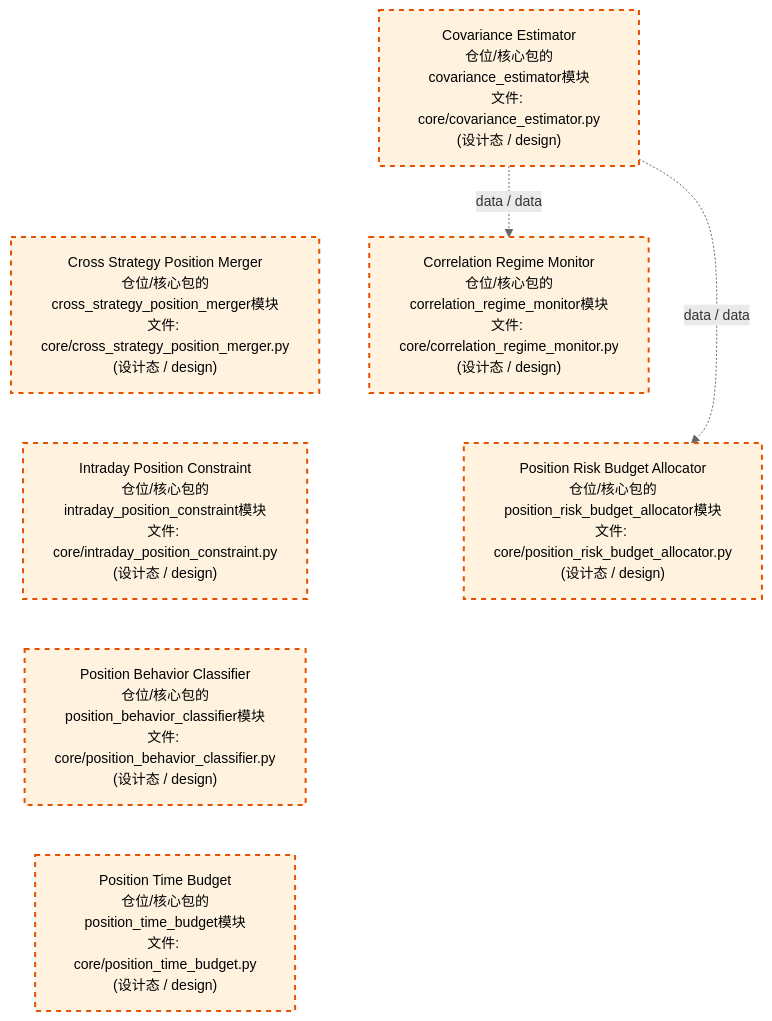
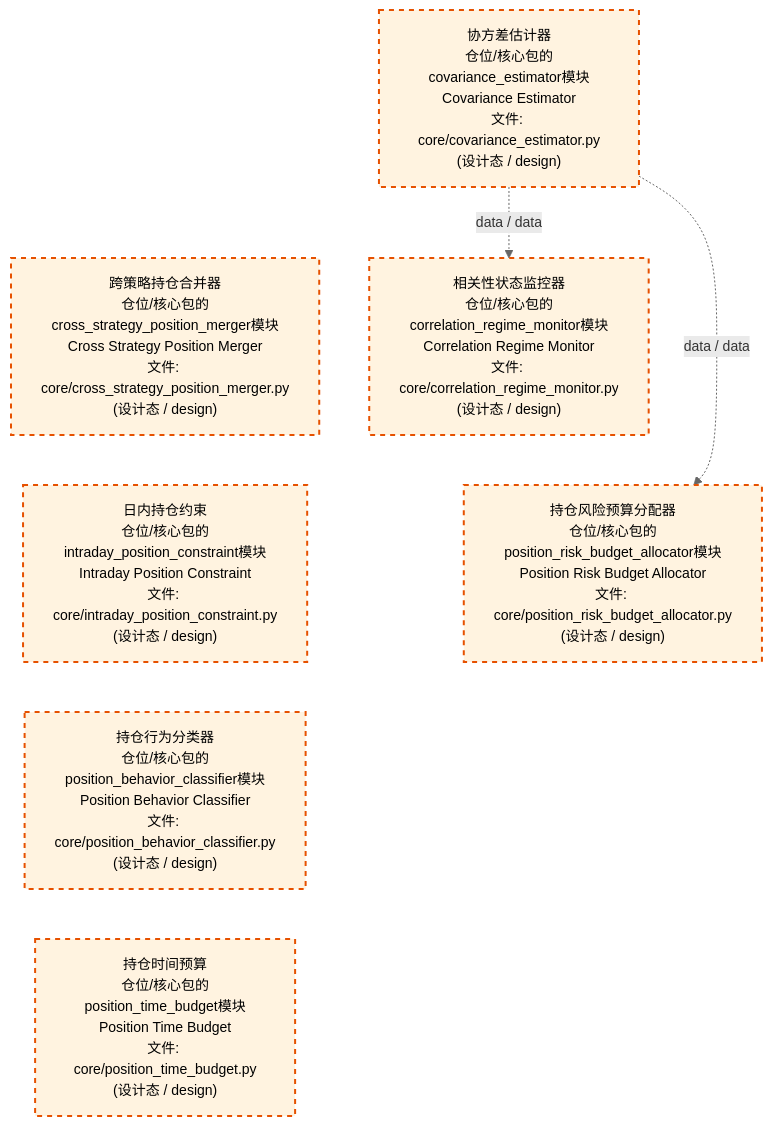
Before and after one commit to xuanFelixVan/ZephyrAlpha: the third of 4 diagrams in docs/02_enterprise_architecture/02_domain_architecture_docs/64_d_position.md, drawn with Mermaid. The commit also changed other lines of this file and 56 other files, not shown here.

````diff
--- a/docs/02_enterprise_architecture/02_domain_architecture_docs/64_d_position.md
+++ b/docs/02_enterprise_architecture/02_domain_architecture_docs/64_d_position.md
@@ -214,23 +214,23 @@
 ```mermaid
 %%{init: {'theme': 'base', 'themeVariables': {'primaryColor': '#eaeaea', 'primaryTextColor': '#333333', 'primaryBorderColor': '#666666', 'lineColor': '#666666', 'secondaryColor': '#eaeaea', 'tertiaryColor': '#eaeaea', 'fontSize': '14px'}}}%%
 flowchart TD
-    src_zephyr_position_core_covariance_estimator_py["Covariance Estimator<br/>仓位/核心包的covariance_estimator模块<br/>文件: core/covariance_estimator.py<br/>(设计态 / design)"]
-    src_zephyr_position_core_cross_strategy_position_merger_py["Cross Strategy Position Merger<br/>仓位/核心包的cross_strategy_position_merger模块<br/>文件: core/cross_strategy_position_merger.py<br/>(设计态 / design)"]
-    src_zephyr_position_core_intraday_position_constraint_py["Intraday Position Constraint<br/>仓位/核心包的intraday_position_constraint模块<br/>文件: core/intraday_position_constraint.py<br/>(设计态 / design)"]
-    src_zephyr_position_core_position_behavior_classifier_py["Position Behavior Classifier<br/>仓位/核心包的position_behavior_classifier模块<br/>文件: core/position_behavior_classifier.py<br/>(设计态 / design)"]
-    src_zephyr_position_core_position_time_budget_py["Position Time Budget<br/>仓位/核心包的position_time_budget模块<br/>文件: core/position_time_budget.py<br/>(设计态 / design)"]
+    src_zephyr_position_core_covariance_estimator_py["协方差估计器<br/>仓位/核心包的covariance_estimator模块<br/>Covariance Estimator<br/>文件: core/covariance_estimator.py<br/>(设计态 / design)"]
+    src_zephyr_position_core_cross_strategy_position_merger_py["跨策略持仓合并器<br/>仓位/核心包的cross_strategy_position_merger模块<br/>Cross Strategy Position Merger<br/>文件: core/cross_strategy_position_merger.py<br/>(设计态 / design)"]
+    src_zephyr_position_core_intraday_position_constraint_py["日内持仓约束<br/>仓位/核心包的intraday_position_constraint模块<br/>Intraday Position Constraint<br/>文件: core/intraday_position_constraint.py<br/>(设计态 / design)"]
+    src_zephyr_position_core_position_behavior_classifier_py["持仓行为分类器<br/>仓位/核心包的position_behavior_classifier模块<br/>Position Behavior Classifier<br/>文件: core/position_behavior_classifier.py<br/>(设计态 / design)"]
+    src_zephyr_position_core_position_time_budget_py["持仓时间预算<br/>仓位/核心包的position_time_budget模块<br/>Position Time Budget<br/>文件: core/position_time_budget.py<br/>(设计态 / design)"]
     src_zephyr_position_core_covariance_estimator_py ~~~ src_zephyr_position_core_cross_strategy_position_merger_py
     src_zephyr_position_core_cross_strategy_position_merger_py ~~~ src_zephyr_position_core_intraday_position_constraint_py
     src_zephyr_position_core_intraday_position_constraint_py ~~~ src_zephyr_position_core_position_behavior_classifier_py
     src_zephyr_position_core_position_behavior_classifier_py ~~~ src_zephyr_position_core_position_time_budget_py
-    src_zephyr_position_core_correlation_regime_monitor_py["Correlation Regime Monitor<br/>仓位/核心包的correlation_regime_monitor模块<br/>文件: core/correlation_regime_monitor.py<br/>(设计态 / design)"]
-    src_zephyr_position_core_position_risk_budget_allocator_py["Position Risk Budget Allocator<br/>仓位/核心包的position_risk_budget_allocator模块<br/>文件: core/position_risk_budget_allocator.py<br/>(设计态 / design)"]
+    src_zephyr_position_core_correlation_regime_monitor_py["相关性状态监控器<br/>仓位/核心包的correlation_regime_monitor模块<br/>Correlation Regime Monitor<br/>文件: core/correlation_regime_monitor.py<br/>(设计态 / design)"]
+    src_zephyr_position_core_position_risk_budget_allocator_py["持仓风险预算分配器<br/>仓位/核心包的position_risk_budget_allocator模块<br/>Position Risk Budget Allocator<br/>文件: core/position_risk_budget_allocator.py<br/>(设计态 / design)"]
     src_zephyr_position_core_correlation_regime_monitor_py ~~~ src_zephyr_position_core_position_risk_budget_allocator_py
     src_zephyr_position_core_covariance_estimator_py -.->|data / data| src_zephyr_position_core_correlation_regime_monitor_py
     src_zephyr_position_core_covariance_estimator_py -.->|data / data| src_zephyr_position_core_position_risk_budget_allocator_py
     classDef production fill:#e1f5fe,stroke:#01579b,stroke-width:2px,color:#000
     classDef design fill:#fff3e0,stroke:#e65100,stroke-width:2px,color:#000,stroke-dasharray: 5 5
     classDef external_prod fill:#e8f4fd,stroke:#0277bd,stroke-width:1px,color:#000
     classDef external_design fill:#fff8e7,stroke:#ef6c00,stroke-width:1px,color:#000,stroke-dasharray: 5 5
     class src_zephyr_position_core_correlation_regime_monitor_py,src_zephyr_position_core_covariance_estimator_py,src_zephyr_position_core_cross_strategy_position_merger_py,src_zephyr_position_core_intraday_position_constraint_py,src_zephyr_position_core_position_behavior_classifier_py,src_zephyr_position_core_position_risk_budget_allocator_py,src_zephyr_position_core_position_time_budget_py design
 ```
````
